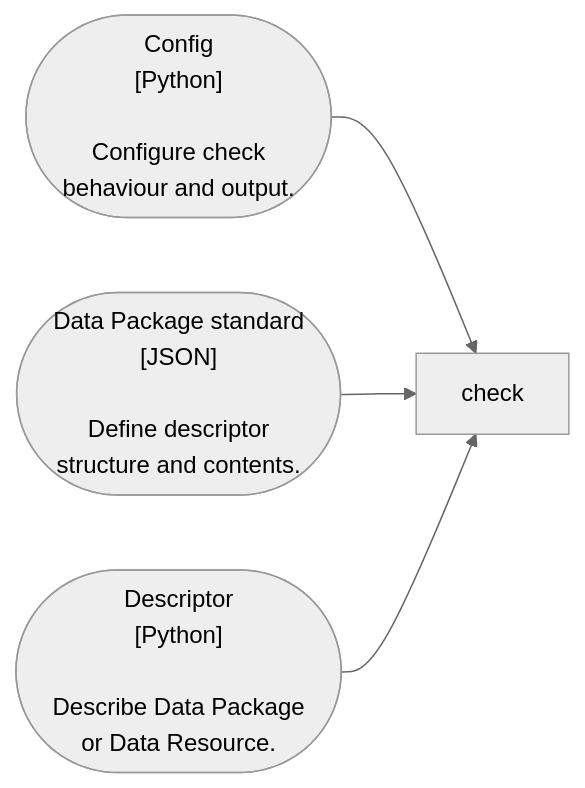
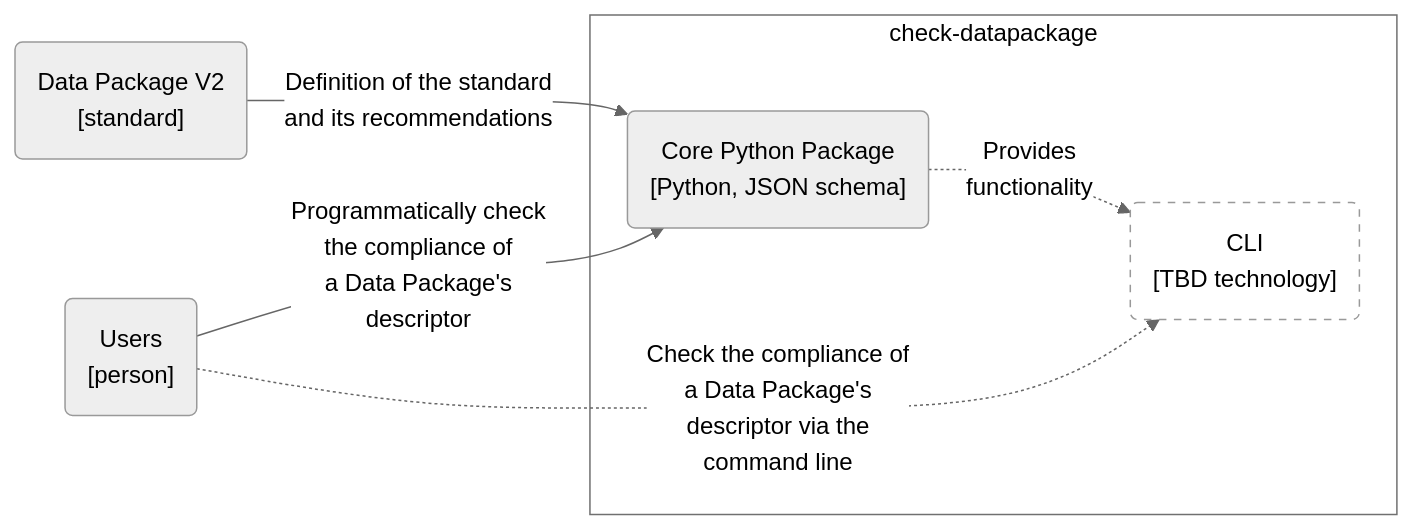
One commit to seedcase-project/check-datapackage changed the second of 2 diagrams in docs/design/architecture.qmd. Above: the diagram before and after it, drawn with Mermaid (neutral theme). The commit also changed other lines of this file, not shown here.

Commit message:
docs: :memo: update C4 container diagram

````diff
--- a/docs/design/architecture.qmd
+++ b/docs/design/architecture.qmd
@@ -118,13 +120,23 @@
 ```{mermaid}
 %%| label: fig-c4-container
-%%| fig-cap: "C4 Container diagram showing larger parts of `check-datapackage` and their connections."
+%%| fig-cap: "C4 container diagram showing the core Python package in `check-datapackage` and the future command line interface (displayed dashed)."
 flowchart LR
-    ext_dp_schema(["Data Package standard<br>[JSON]<br><br>Define descriptor<br>structure and contents."])
-    in_dp_json(["Descriptor<br>[Python]<br><br>Describe Data Package<br>or Data Resource."])
-    config(["Config<br>[Python]<br><br>Configure check<br>behaviour and output."])
-    check
 
-    config --> check
-    ext_dp_schema --> check
-    in_dp_json --> check
+    users("Users<br>[person]")
+    dp_standard("Data Package V2<br>[standard]")
+
+    subgraph "check-datapackage"
+        python("Core Python Package<br>[Python, JSON schema]")
+        cli("CLI<br>[TBD technology]")
+
+    python -. "Provides<br>functionality" .-> cli
+    end
+
+    dp_standard --"Definition of the standard<br>and its recommendations"--> python
+    users --"Programmatically check<br>the compliance of<br>a Data Package's<br>descriptor"--> python
+    users -. "Check the compliance of<br>a Data Package's<br>descriptor via the<br>command line" .-> cli
+
+    %% Styling
+    style check-datapackage fill:#FFFFFF, color:#000000
+    style cli fill:#FFFFFF, stroke-dasharray: 5 5
 ```
````
